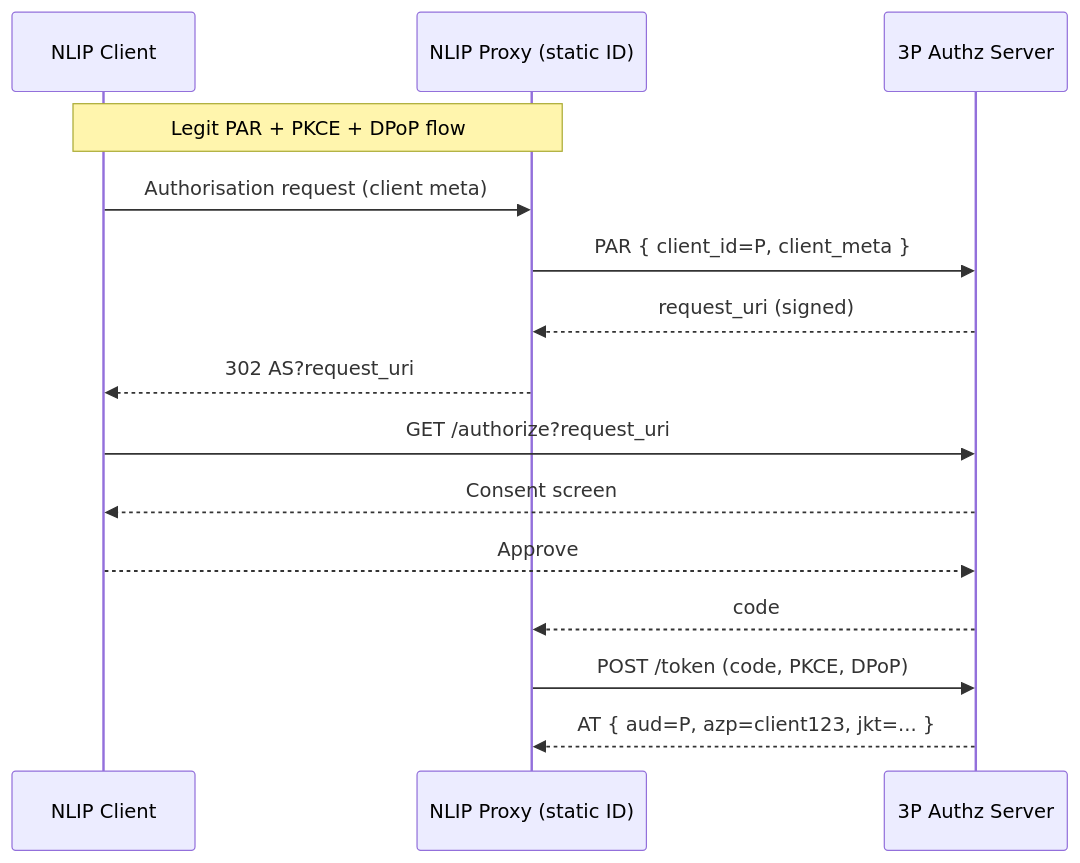
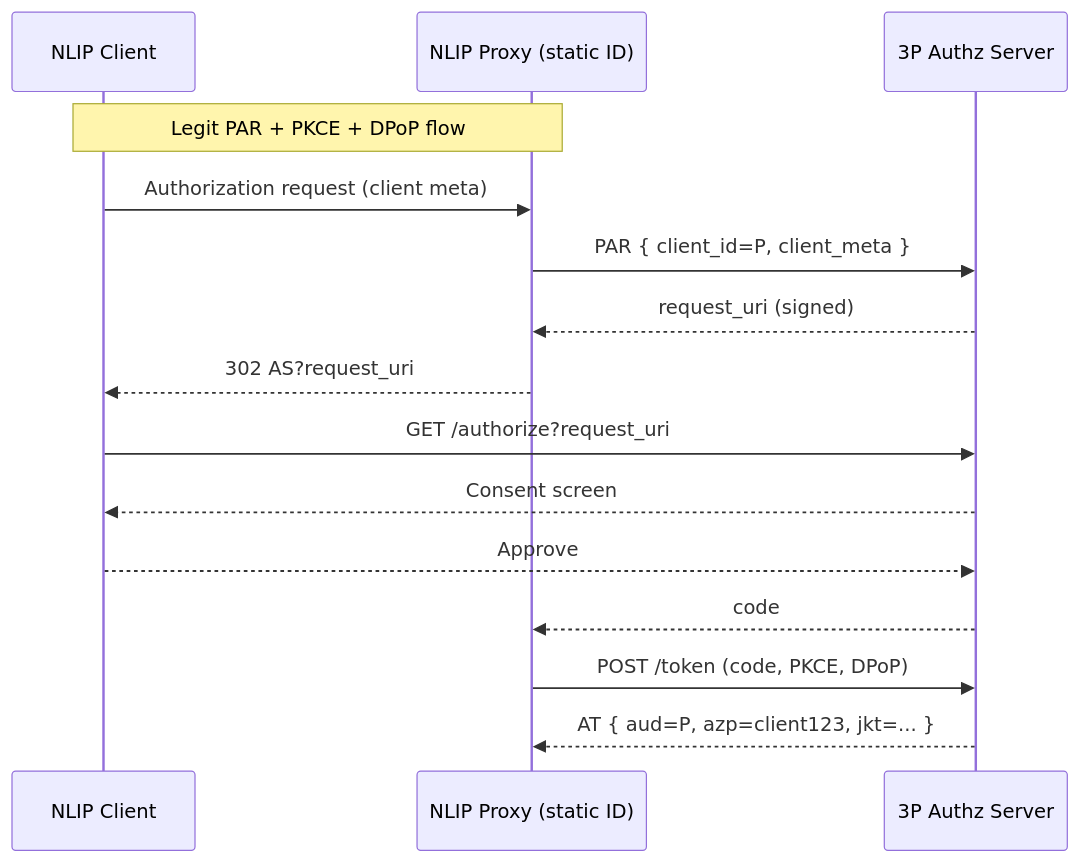
One commit to nlip-project/security_guidelines changed the first of 4 diagrams in README.md. Above: the diagram before and after it, drawn with Mermaid. The commit also changed other lines of this file, not shown here.

````diff
--- a/README.md
+++ b/README.md
@@ -424,18 +427,18 @@
 ```mermaid
 sequenceDiagram
     participant C as NLIP Client
     participant P as NLIP Proxy (static ID)
     participant AS as 3P Authz Server
 
     Note over C,P: Legit PAR + PKCE + DPoP flow
-    C->>P: Authorisation request (client meta)
+    C->>P: Authorization request (client meta)
     P->>AS: PAR { client_id=P, client_meta }
     AS-->>P: request_uri (signed)
     P-->>C: 302 AS?request_uri
     C->>AS: GET /authorize?request_uri
     AS-->>C: Consent screen
     C-->>AS: Approve
     AS-->>P: code
     P->>AS: POST /token (code, PKCE, DPoP)
     AS-->>P: AT { aud=P, azp=client123, jkt=... }
 ```
````
